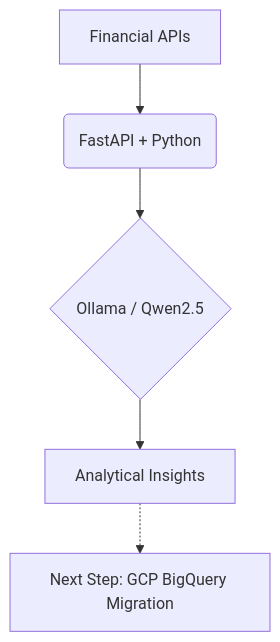
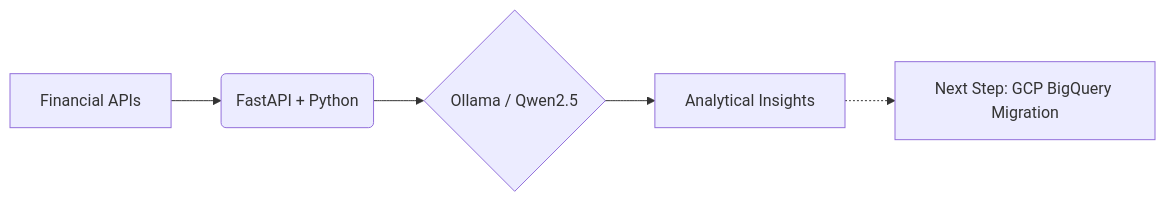
One commit to deepan-mehta-analytics/deepan-mehta-analytics changed the diagram in README.md. Above: the diagram before and after it, drawn with Mermaid. The commit also changed other lines of this file, not shown here.

Commit message:
Revise project focus and mission in README
Updated project description and mission statement.

````diff
--- a/README.md
+++ b/README.md
@@ -62,7 +62,7 @@
 ```mermaid
-graph TD
+graph LR
     A[Financial APIs] --> B(FastAPI + Python)
     B --> C{Ollama / Qwen2.5}
     C --> D[Analytical Insights]
     D -.-> E[Next Step: GCP BigQuery Migration]
 ```
````
